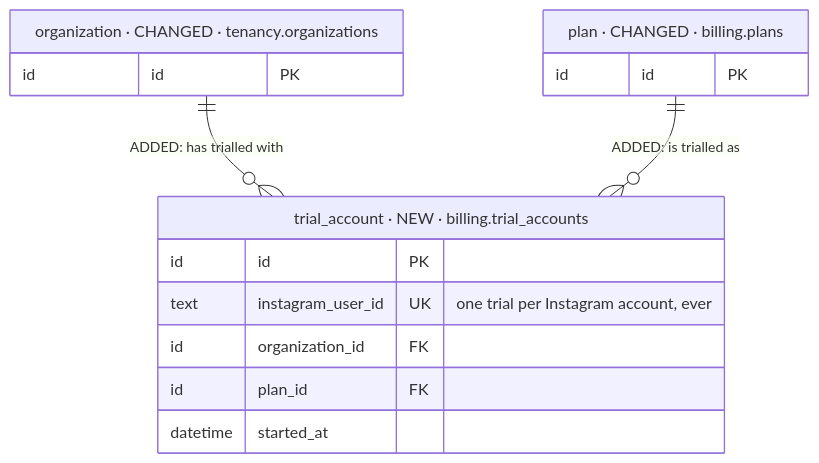
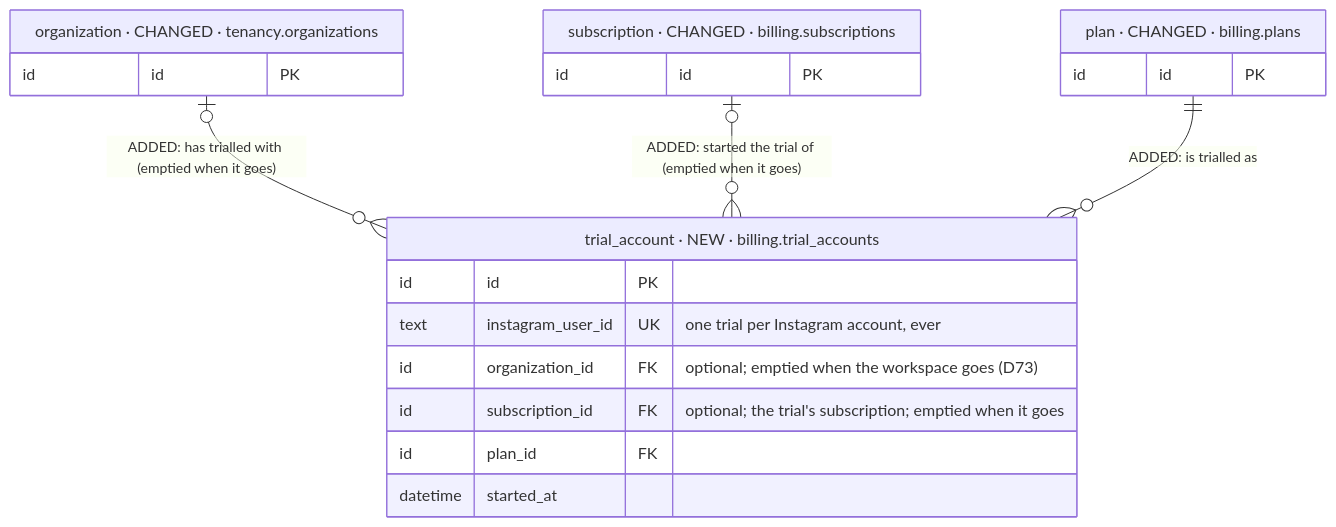
One commit to albetrios/meepzo-be changed diagram 39 of 39 in iterations/feat-instagram-dm-sending-2026-11-23-oxak/plans/db-changes.md. Above: the diagram before and after it, drawn with Mermaid. The commit also changed other lines of this file and 2 other files, not shown here.

````diff
--- a/iterations/feat-instagram-dm-sending-2026-11-23-oxak/plans/db-changes.md
+++ b/iterations/feat-instagram-dm-sending-2026-11-23-oxak/plans/db-changes.md
@@ -1561,18 +1631,23 @@
 ```mermaid
 erDiagram
   trial_account["trial_account · NEW · billing.trial_accounts"] {
     id id PK
     text instagram_user_id UK "one trial per Instagram account, ever"
-    id organization_id FK
+    id organization_id FK "optional; emptied when the workspace goes (D73)"
+    id subscription_id FK "optional; the trial's subscription; emptied when it goes"
     id plan_id FK
     datetime started_at
   }
   organization["organization · CHANGED · tenancy.organizations"] {
     id id PK
   }
+  subscription["subscription · CHANGED · billing.subscriptions"] {
+    id id PK
+  }
   plan["plan · CHANGED · billing.plans"] {
     id id PK
   }
-  organization ||--o{ trial_account : "ADDED: has trialled with"
+  organization |o--o{ trial_account : "ADDED: has trialled with (emptied when it goes)"
+  subscription |o--o{ trial_account : "ADDED: started the trial of (emptied when it goes)"
   plan ||--o{ trial_account : "ADDED: is trialled as"
 ```
````
